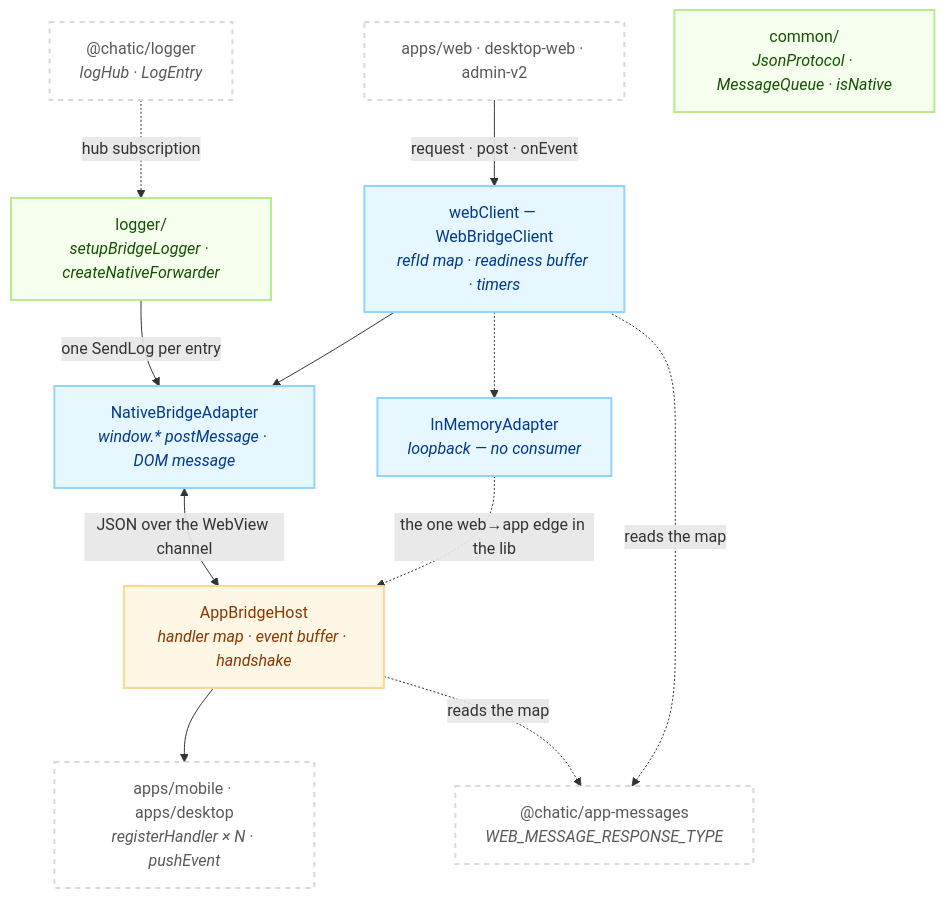
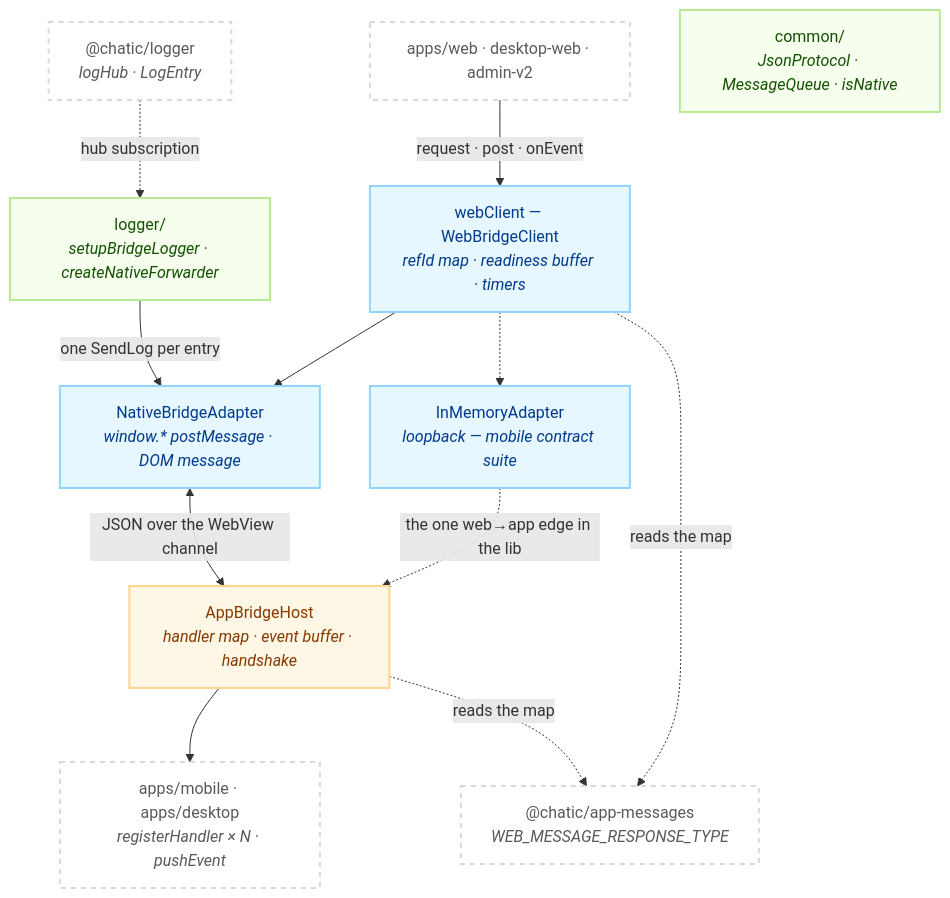
Before and after one commit to lemoncloud-io/dou-app: the first of 2 diagrams in libs/bridges/README.md, drawn with Mermaid. The commit also changed other lines of this file and 3 other files, not shown here.

First line of the commit message:
docs(mobile,app-messages,bridges): say where the bridge contract suites live and what they require

````diff
--- a/libs/bridges/README.md
+++ b/libs/bridges/README.md
@@ -97,30 +97,30 @@
 ```mermaid
 flowchart TD
     classDef ext fill:#ffffff,stroke:#d9d9d9,stroke-width:2px,color:#595959,stroke-dasharray: 5 5;
     classDef web fill:#e6f7ff,stroke:#91d5ff,stroke-width:2px,color:#003a8c;
     classDef app fill:#fff7e6,stroke:#ffd591,stroke-width:2px,color:#873800;
     classDef com fill:#f6ffed,stroke:#b7eb8f,stroke-width:2px,color:#135200;
 
     Caller["apps/web · desktop-web · admin-v2"]:::ext
     Shell["apps/mobile · apps/desktop<br/><i>registerHandler × N · pushEvent</i>"]:::ext
     Msgs["@chatic/app-messages<br/><i>WEB_MESSAGE_RESPONSE_TYPE</i>"]:::ext
     Log["@chatic/logger<br/><i>logHub · LogEntry</i>"]:::ext
 
     WC["webClient — WebBridgeClient<br/><i>refId map · readiness buffer · timers</i>"]:::web
     NA["NativeBridgeAdapter<br/><i>window.* postMessage · DOM message</i>"]:::web
-    IM["InMemoryAdapter<br/><i>loopback — no consumer</i>"]:::web
+    IM["InMemoryAdapter<br/><i>loopback — mobile contract suite</i>"]:::web
     Host["AppBridgeHost<br/><i>handler map · event buffer · handshake</i>"]:::app
     Com["common/<br/><i>JsonProtocol · MessageQueue · isNative</i>"]:::com
     Fwd["logger/<br/><i>setupBridgeLogger · createNativeForwarder</i>"]:::com
 
     Caller -->|"request · post · onEvent"| WC
     WC --> NA
     WC -.-> IM
     IM -.->|"the one web→app edge in the lib"| Host
     NA <-->|"JSON over the WebView channel"| Host
     Host --> Shell
     WC -.->|"reads the map"| Msgs
     Host -.->|"reads the map"| Msgs
     Fwd -->|"one SendLog per entry"| NA
     Log -.->|"hub subscription"| Fwd
 ```
````
